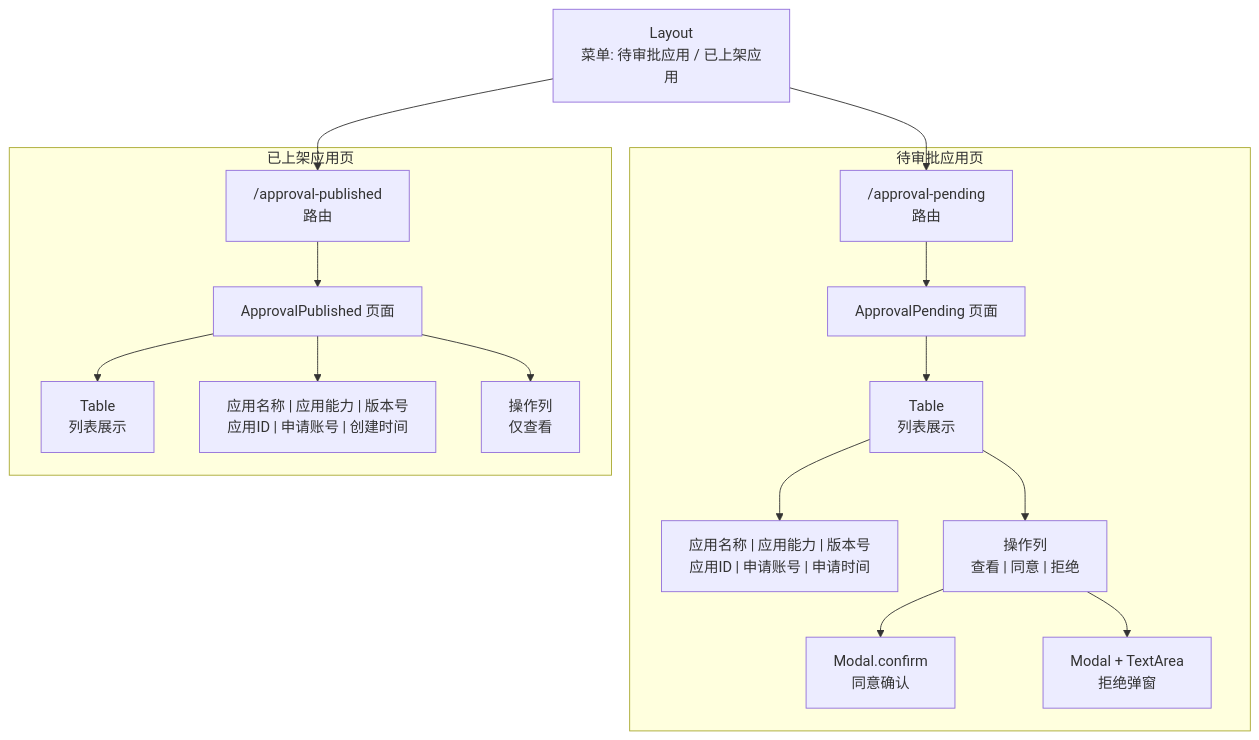
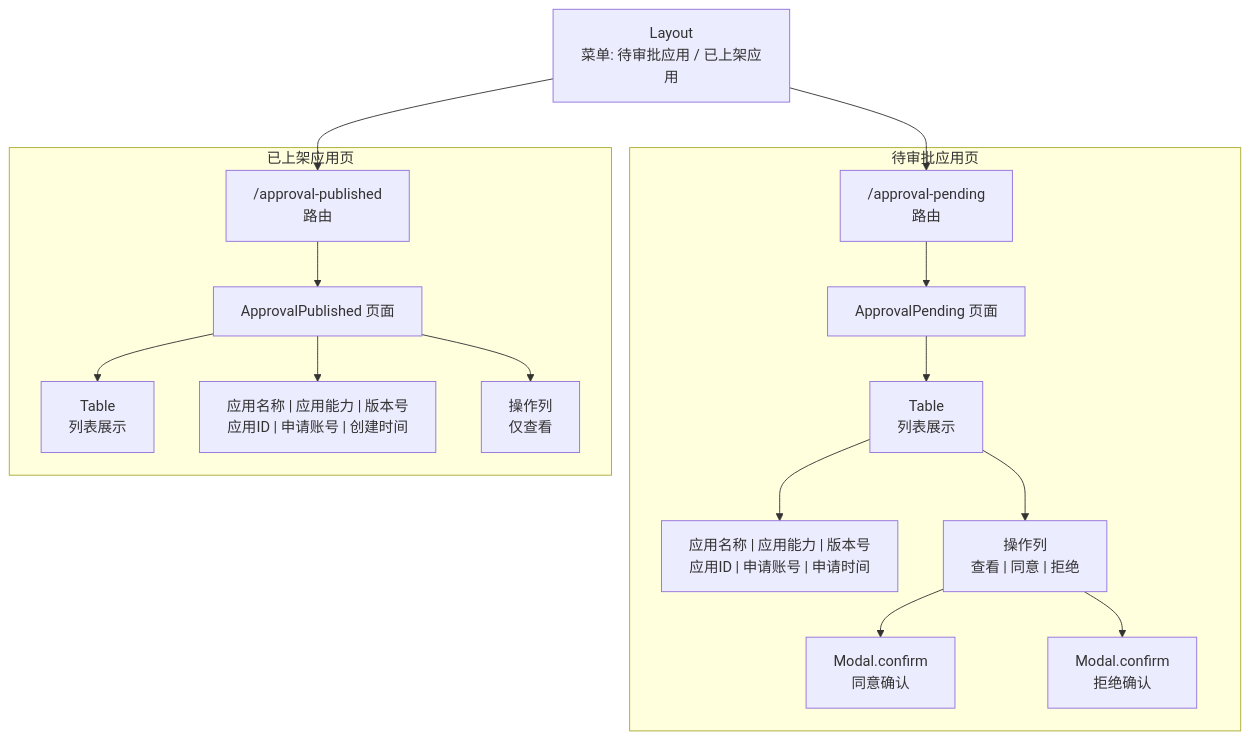
One commit to THZSummer/open-app changed the third of 8 diagrams in docs/market-server/approval-management-requirement.md. Above: the diagram before and after it, drawn with Mermaid. The commit also changed other lines of this file and 2 other files, not shown here.

First line of the commit message:
docs: 更新审批操作交互方式 + 效果图 v9

````diff
--- a/docs/market-server/approval-management-requirement.md
+++ b/docs/market-server/approval-management-requirement.md
@@ -317,35 +316,35 @@
 ```mermaid
 graph TD
     layout["Layout<br/>菜单: 待审批应用 / 已上架应用"]
     
     subgraph 待审批应用页
         route_pending["/approval-pending<br/>路由"]
         pending["ApprovalPending 页面"]
         table_pending["Table<br/>列表展示"]
         col_pending["应用名称 | 应用能力 | 版本号<br/>应用ID | 申请账号 | 申请时间"]
         action_pending["操作列<br/>查看 | 同意 | 拒绝"]
         confirm["Modal.confirm<br/>同意确认"]
-        reject["Modal + TextArea<br/>拒绝弹窗"]
+        reject["Modal.confirm<br/>拒绝确认"]
     end
     
     subgraph 已上架应用页
         route_published["/approval-published<br/>路由"]
         published["ApprovalPublished 页面"]
         table_published["Table<br/>列表展示"]
         col_published["应用名称 | 应用能力 | 版本号<br/>应用ID | 申请账号 | 创建时间"]
         action_published["操作列<br/>仅查看"]
     end
 
     layout --> route_pending
     layout --> route_published
     route_pending --> pending
     route_published --> published
     pending --> table_pending
     published --> table_published
     table_pending --> col_pending
     table_pending --> action_pending
     published --> col_published
     published --> action_published
     action_pending --> confirm
     action_pending --> reject
 ```
````
